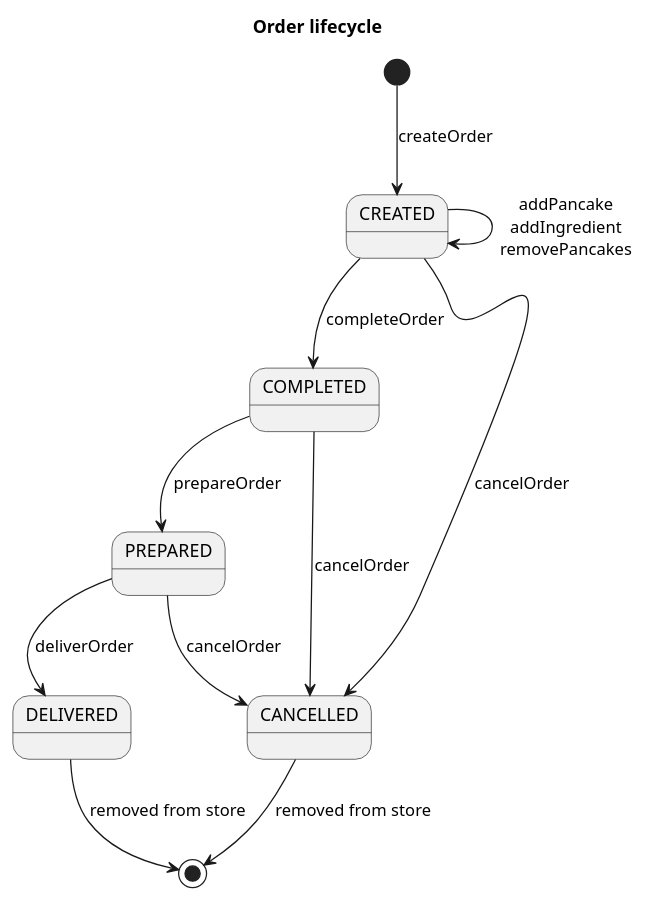
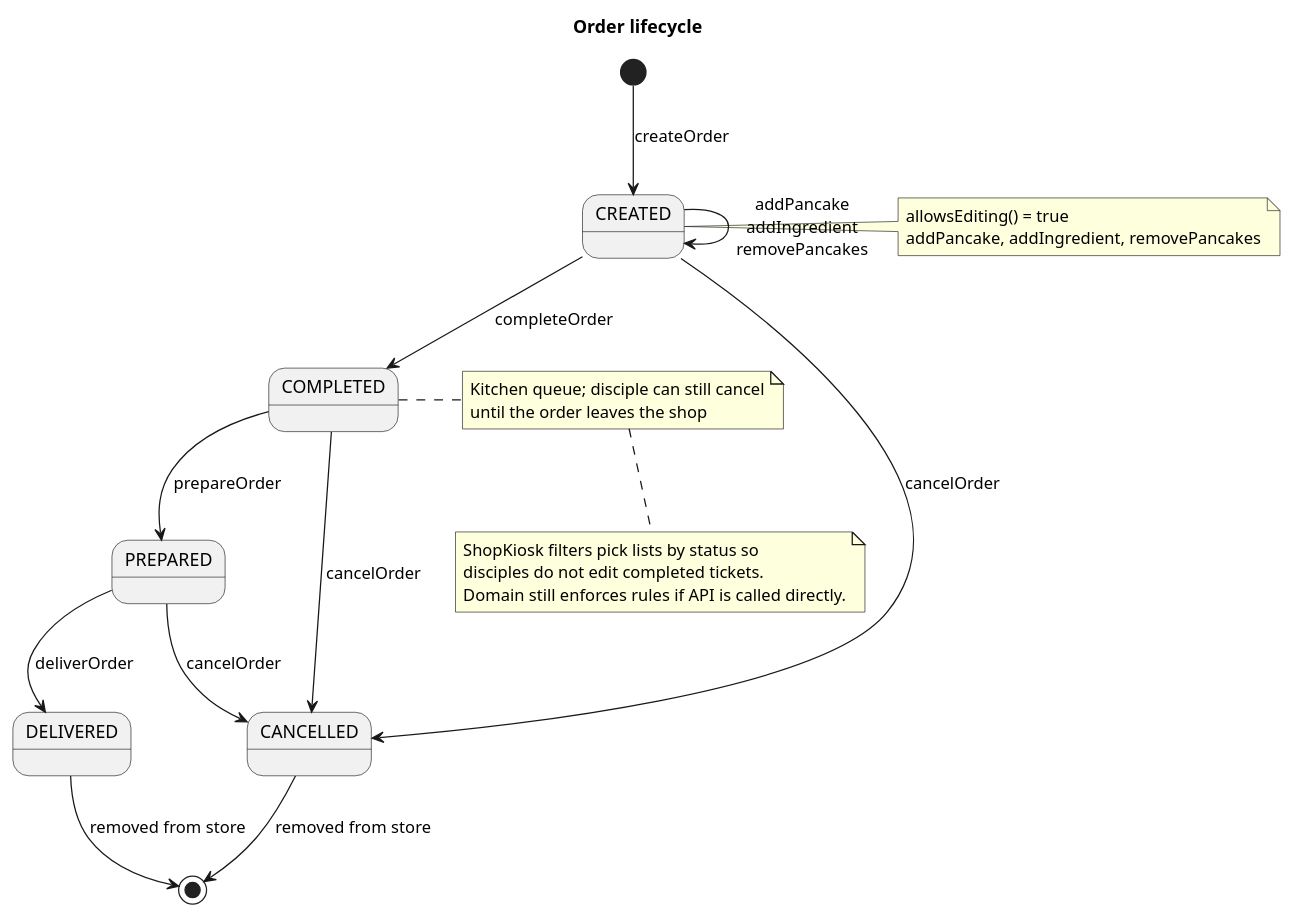
The diagram in docs/order-lifecycle.puml (devnisaev/PancakeLab), drawn with PlantUML before and after one commit. The commit also changed 14 other files, not shown here.

```diff
--- a/docs/order-lifecycle.puml
+++ b/docs/order-lifecycle.puml
@@ -1,19 +1,35 @@
 @startuml
 title Order lifecycle
 
 [*] --> CREATED : createOrder
 
 CREATED --> CREATED : addPancake\naddIngredient\nremovePancakes
 CREATED --> COMPLETED : completeOrder
 CREATED --> CANCELLED : cancelOrder
 
 COMPLETED --> PREPARED : prepareOrder
 COMPLETED --> CANCELLED : cancelOrder
 
 PREPARED --> DELIVERED : deliverOrder
 PREPARED --> CANCELLED : cancelOrder
 
 CANCELLED --> [*] : removed from store
 DELIVERED --> [*] : removed from store
 
+note right of CREATED
+  allowsEditing() = true
+  addPancake, addIngredient, removePancakes
+end note
+
+note right of COMPLETED
+  Kitchen queue; disciple can still cancel
+  until the order leaves the shop
+end note
+
+note bottom
+  ShopKiosk filters pick lists by status so
+  disciples do not edit completed tickets.
+  Domain still enforces rules if API is called directly.
+end note
+
 @enduml
```
